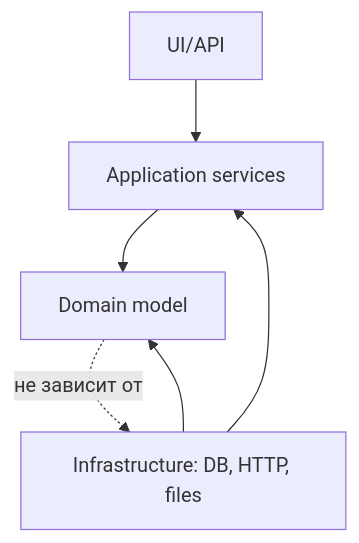
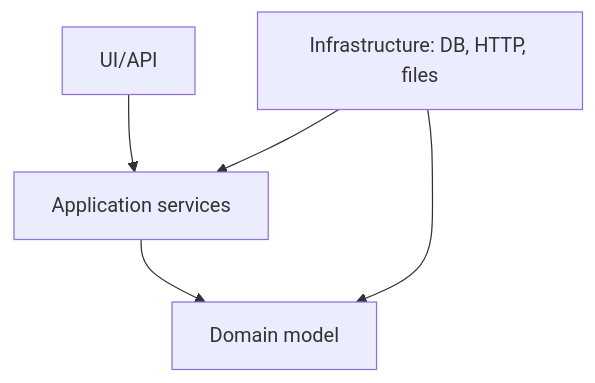
One commit to Kert0n/KPO changed the seventh of 8 diagrams in content/lectures/Lec7/vitepress.md. Above: the diagram before and after it, drawn with Mermaid. The commit also changed other lines of this file, not shown here.

````diff
--- a/content/lectures/Lec7/vitepress.md
+++ b/content/lectures/Lec7/vitepress.md
@@ -1508,8 +1315,7 @@
 ```mermaid
 flowchart TD
     UI["UI/API"] --> Application["Application services"]
     Application --> Domain["Domain model"]
     Infrastructure["Infrastructure: DB, HTTP, files"] --> Application
     Infrastructure --> Domain
-    Domain -. "не зависит от" .-> Infrastructure
 ```
````
